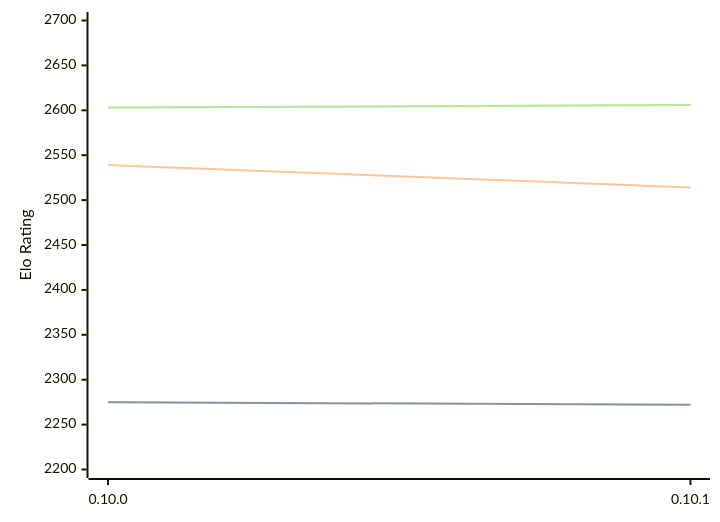
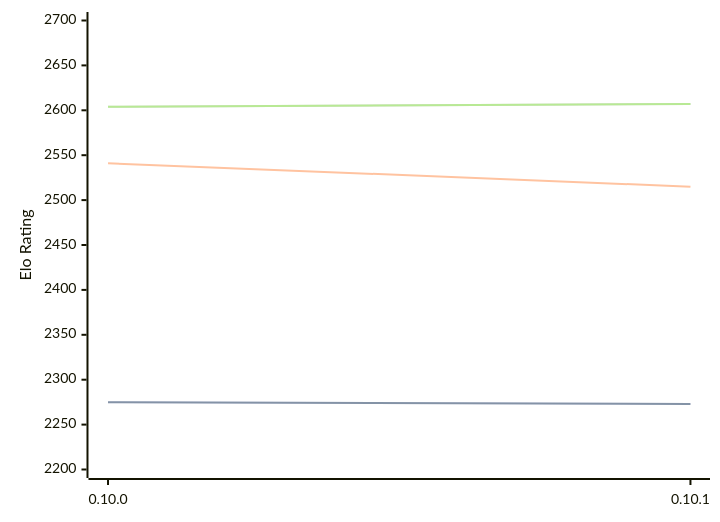
One commit to computer-chess-index/cci changed the diagram in engines/Fatalii.md. Above: the diagram before and after it, drawn with Mermaid. The commit also changed other lines of this file, not shown here.

Commit message:
Update CCI Ratings (ELO VLTC) - 2026-09-01

````diff
--- a/engines/Fatalii.md
+++ b/engines/Fatalii.md
@@ -32,11 +32,11 @@
 ```mermaid
 %%{init: {"theme":"base","themeVariables":{"seriesColors:['#a3a3a3','#222221','#faa371']}}}%%
 xychart-beta
   x-axis ["0.10.0", "0.10.1"]
   y-axis "Elo Rating" 2200 --> 2700
-  line "" [2275, 2272]
-  line "STC (8.0+0.08s)" [2275, 2272]
-  line "LTC (60.0+0.60s)" [2539, 2514]
-  line "" [2603, 2606]
-  line "VLTC (2m24s+1.12s)" [2603, 2606]
+  line "" [2275, 2273]
+  line "STC (8.0+0.08s)" [2275, 2273]
+  line "LTC (60.0+0.60s)" [2541, 2515]
+  line "" [2604, 2607]
+  line "VLTC (2m24s+1.12s)" [2604, 2607]
 ```
````
